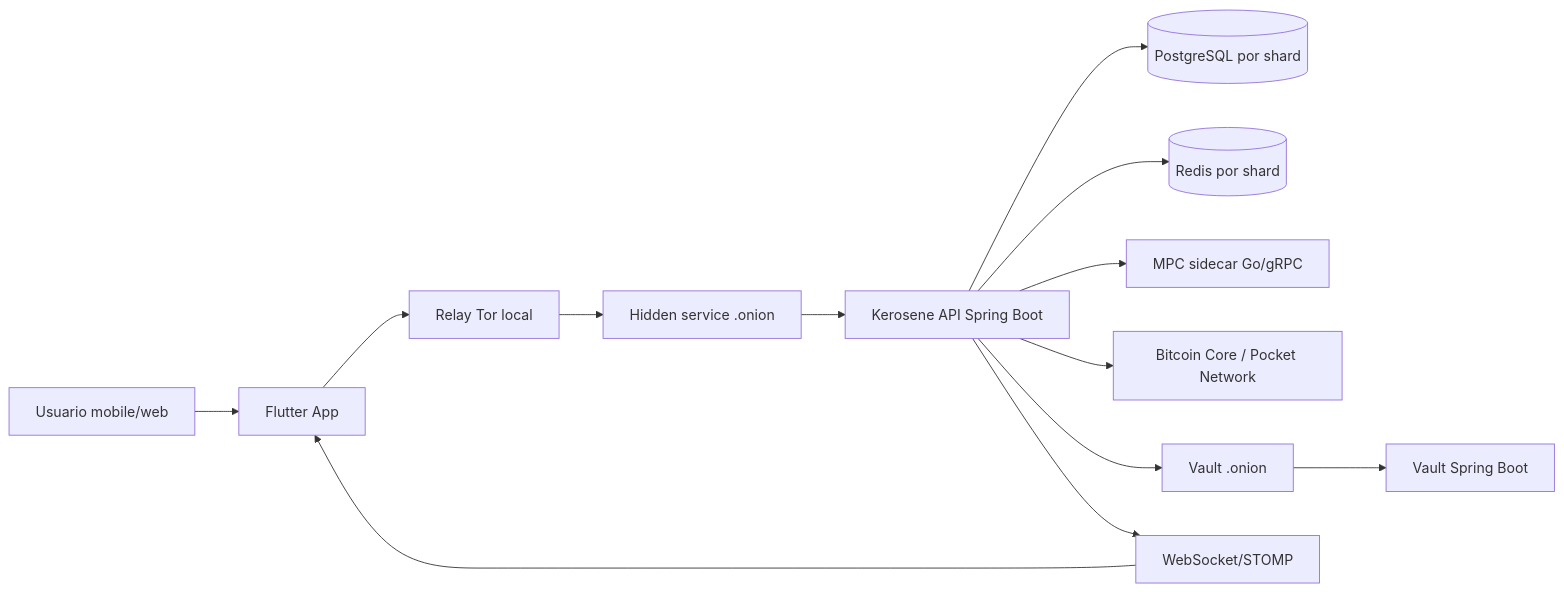
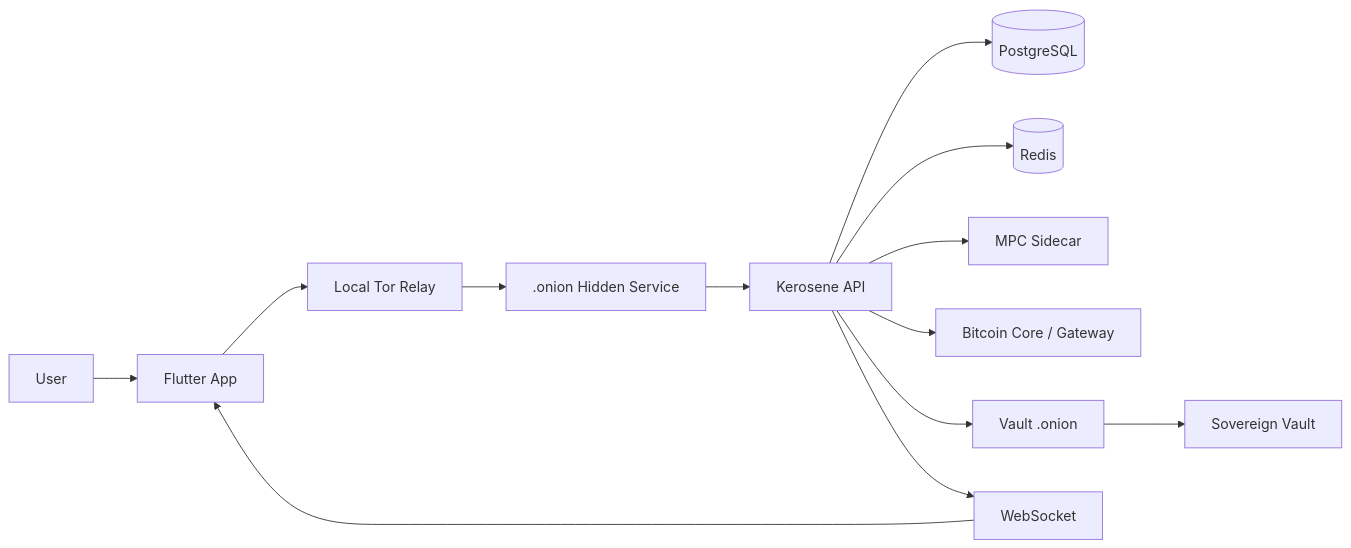
Before and after one commit to Daniel-Astrofer/Kerosene: the diagram in README.md, drawn with Mermaid. The commit also changed other lines of this file and 244 other files, not shown here.

````diff
--- a/README.md
+++ b/README.md
@@ -132,17 +90,17 @@
 ```mermaid
 flowchart LR
-  User[Usuario mobile/web] --> App[Flutter App]
-  App --> LocalRelay[Relay Tor local]
-  LocalRelay --> Onion[Hidden service .onion]
-  Onion --> Api[Kerosene API Spring Boot]
+  User[User] --> App[Flutter App]
+  App --> Relay[Local Tor Relay]
+  Relay --> Onion[.onion Hidden Service]
+  Onion --> API[Kerosene API]
 
-  Api --> Pg[(PostgreSQL por shard)]
-  Api --> Redis[(Redis por shard)]
-  Api --> Mpc[MPC sidecar Go/gRPC]
-  Api --> Bitcoin[Bitcoin Core / Pocket Network]
-  Api --> VaultOnion[Vault .onion]
-  VaultOnion --> Vault[Vault Spring Boot]
+  API --> DB[(PostgreSQL)]
+  API --> Redis[(Redis)]
+  API --> MPC[MPC Sidecar]
+  API --> BTC[Bitcoin Core / Gateway]
+  API --> VaultTor[Vault .onion]
+  VaultTor --> Vault[Sovereign Vault]
 
-  Api --> Ws[WebSocket/STOMP]
-  Ws --> App
+  API --> WS[WebSocket]
+  WS --> App
 ```
````
